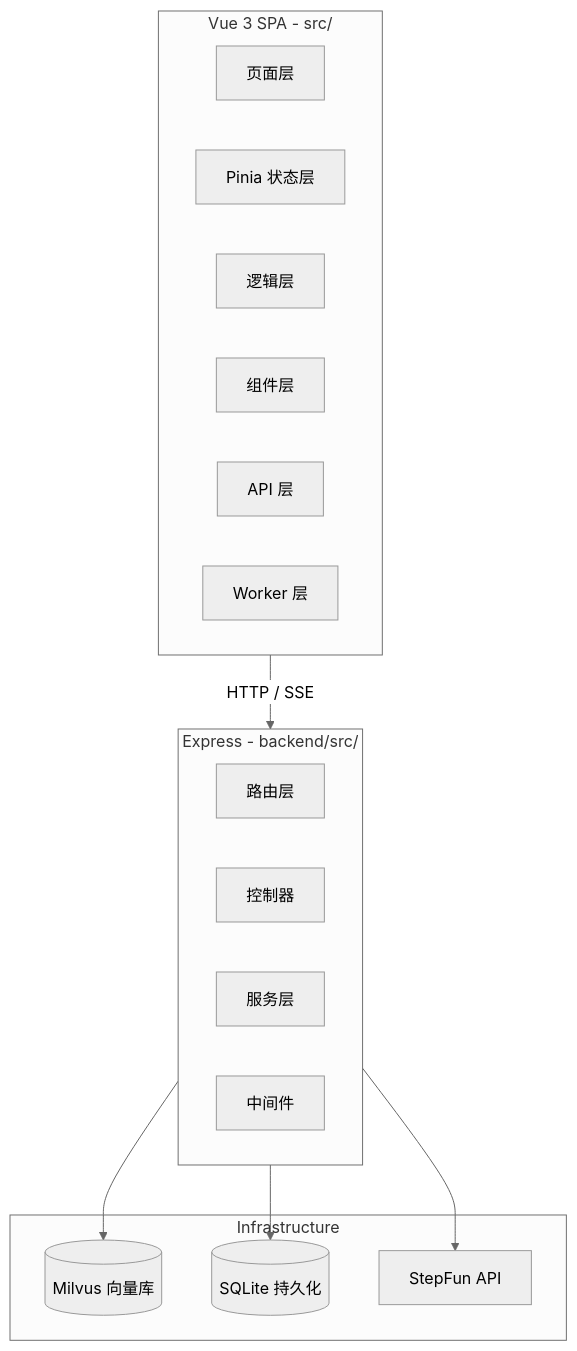
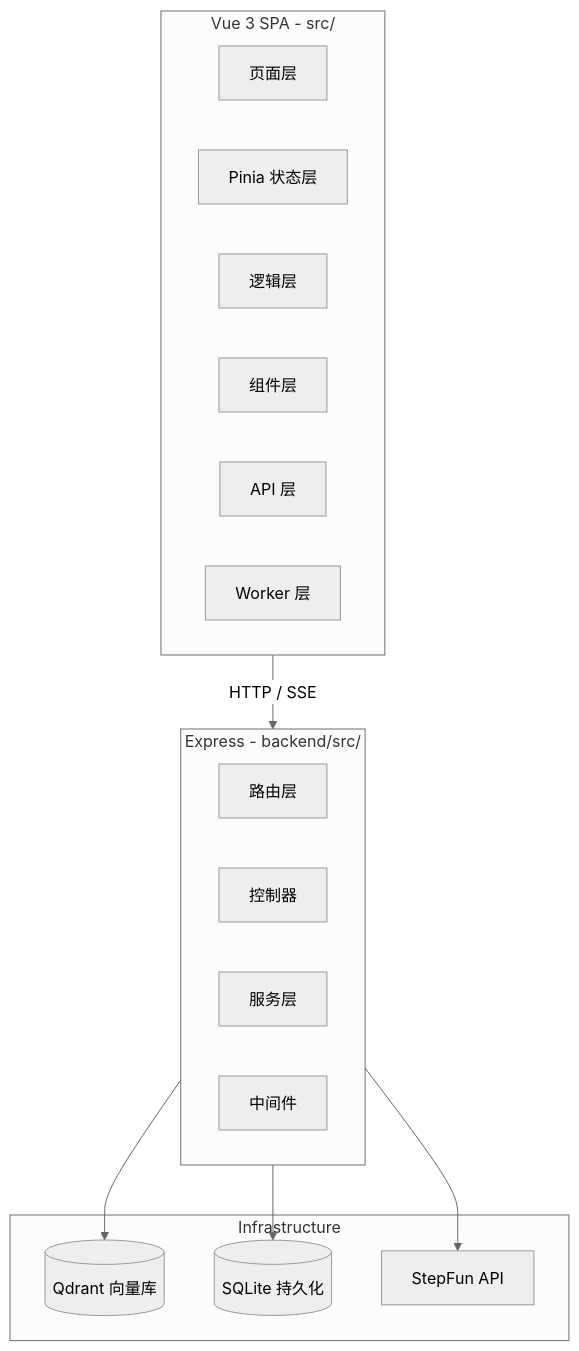
One commit to L123121/Vue3_WUT_LLM changed the first of 6 diagrams in architecture.md. Above: the diagram before and after it, drawn with Mermaid (neutral theme). The commit also changed other lines of this file and 89 other files, not shown here.

````diff
--- a/architecture.md
+++ b/architecture.md
@@ -18,29 +18,29 @@
 ```mermaid
 graph TB
     subgraph 前端 [Vue 3 SPA - src/]
         Views[页面层]
         Stores[Pinia 状态层]
         Composables[逻辑层]
         Components[组件层]
         API[API 层]
         Workers[Worker 层]
     end
 
     subgraph 后端 [Express - backend/src/]
         Routes[路由层]
         Controllers[控制器]
         Services[服务层]
         Middleware[中间件]
     end
 
     subgraph 基础设施 [Infrastructure]
-        Milvus[(Milvus 向量库)]
+        Qdrant[(Qdrant 向量库)]
         SQLite[(SQLite 持久化)]
         StepFun[StepFun API]
     end
 
     前端 -->|HTTP / SSE| 后端
-    后端 --> Milvus
+    后端 --> Qdrant
     后端 --> SQLite
     后端 --> StepFun
 ```
````
